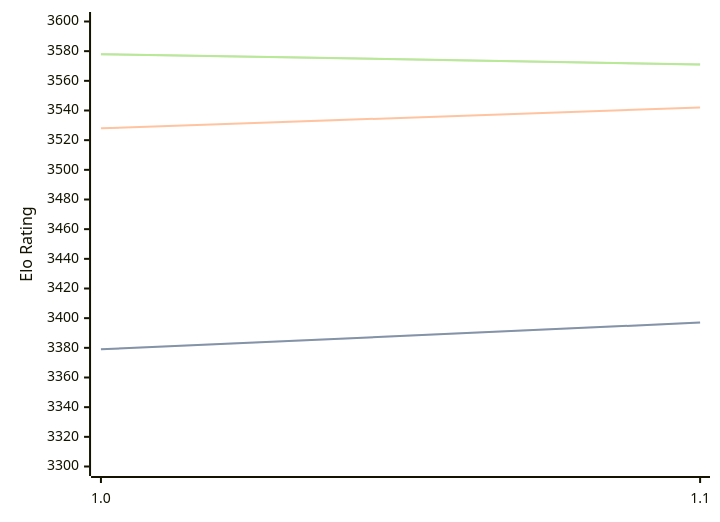
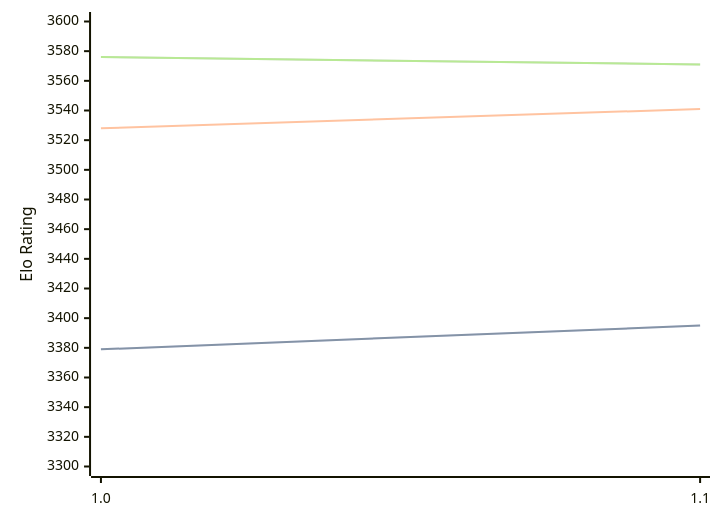
Before and after one commit to computer-chess-index/cci: the diagram in engines/Horsie.md, drawn with Mermaid. The commit also changed other lines of this file, not shown here.

Commit message:
Update CCI Ratings (ELO VLTC) - 2026-03-03

````diff
--- a/engines/Horsie.md
+++ b/engines/Horsie.md
@@ -30,11 +30,11 @@
 ```mermaid
 %%{init: {"theme":"base","themeVariables":{"seriesColors:['#a3a3a3','#222221','#faa371']}}}%%
 xychart-beta
   x-axis ["1.0", "1.1"]
   y-axis "Elo Rating" 3300 --> 3600
-  line "STC (8.0+0.08s)" [3379, 3397]
-  line "STC (8.0+0.08s)" [3379, 3397]
-  line "LTC (60.0+0.60s)" [3528, 3542]
-  line "VLTC (2m24s+1.12s)" [3578, 3571]
-  line "VLTC (2m24s+1.12s)" [3578, 3571]
+  line "STC (8.0+0.08s)" [3379, 3395]
+  line "STC (8.0+0.08s)" [3379, 3395]
+  line "LTC (60.0+0.60s)" [3528, 3541]
+  line "VLTC (2m24s+1.12s)" [3576, 3571]
+  line "VLTC (2m24s+1.12s)" [3576, 3571]
 ```
````
